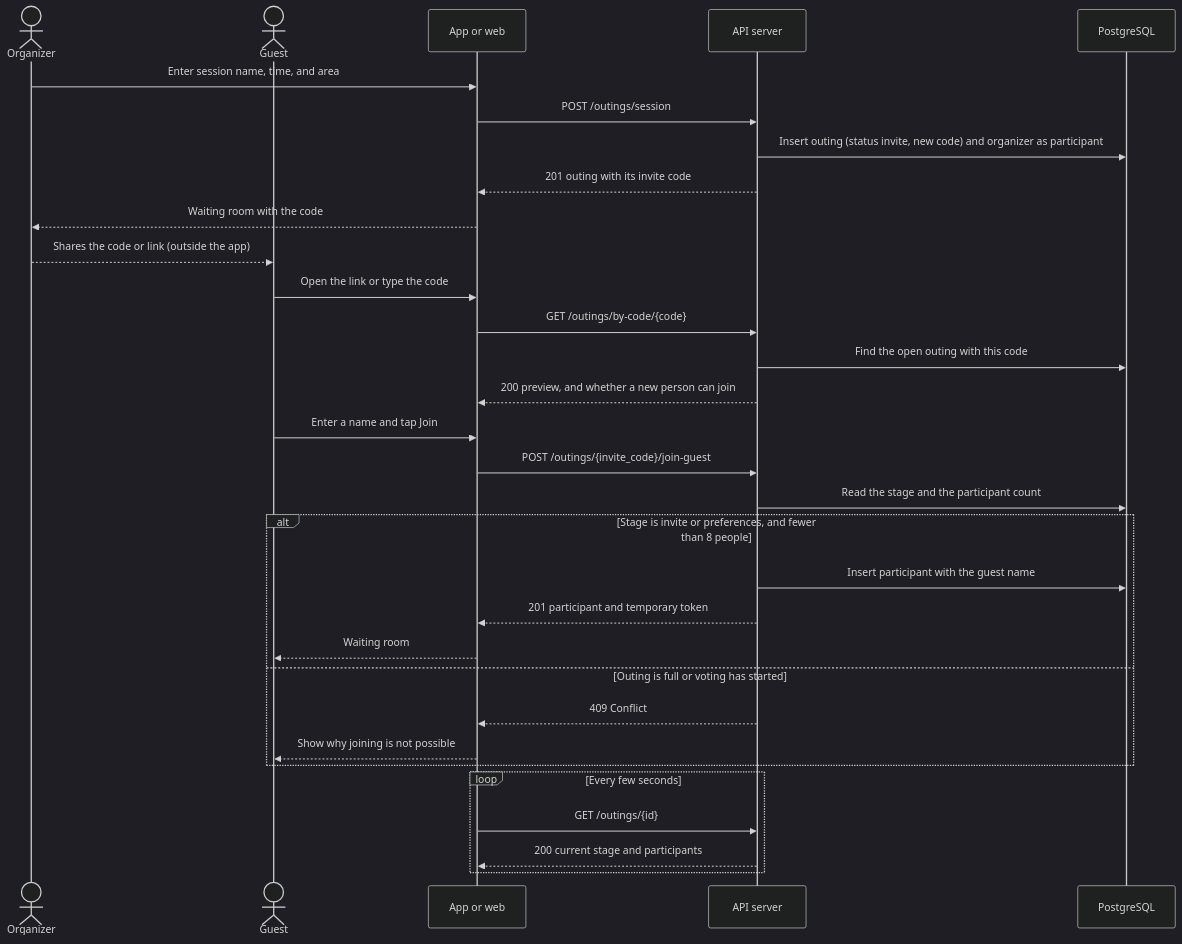
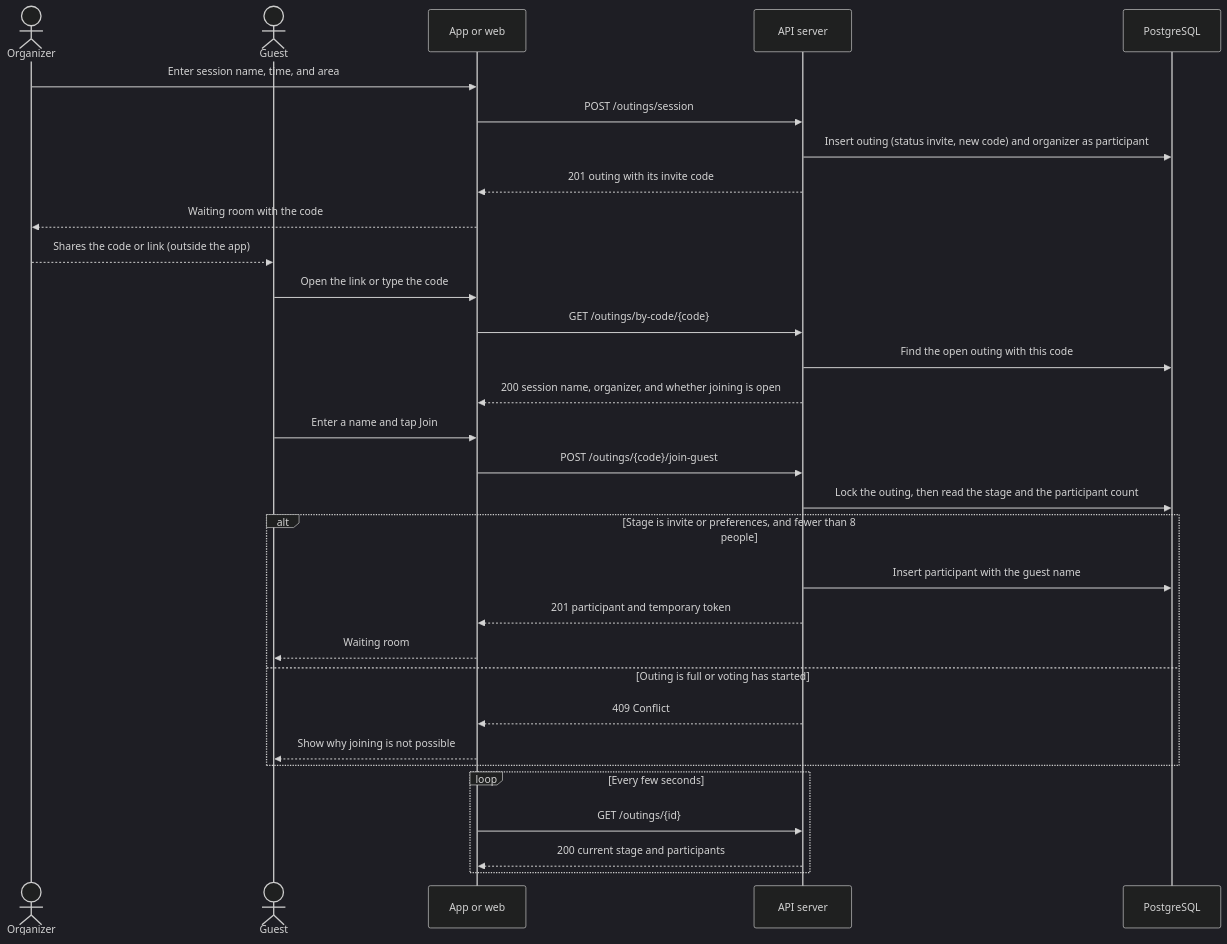
The sixth of 11 diagrams in Docs/TechnicalDoc.md (shathaaa1110-arch/Portfolio-Project), drawn with Mermaid (dark theme) before and after one commit. The commit also changed other lines of this file, not shown here.

````diff
--- a/Docs/TechnicalDoc.md
+++ b/Docs/TechnicalDoc.md
@@ -972,36 +972,36 @@
 ```mermaid
 sequenceDiagram
     actor O as Organizer
     actor G as Guest
     participant A as App or web
     participant API as API server
     participant DB as PostgreSQL
  
     O->>A: Enter session name, time, and area
     A->>API: POST /outings/session
     API->>DB: Insert outing (status invite, new code) and organizer as participant
     API-->>A: 201 outing with its invite code
     A-->>O: Waiting room with the code
     O-->>G: Shares the code or link (outside the app)
  
     G->>A: Open the link or type the code
     A->>API: GET /outings/by-code/{code}
     API->>DB: Find the open outing with this code
-    API-->>A: 200 preview, and whether a new person can join
+    API-->>A: 200 session name, organizer, and whether joining is open
     G->>A: Enter a name and tap Join
-    A->>API: POST /outings/{invite_code}/join-guest
-    API->>DB: Read the stage and the participant count
+    A->>API: POST /outings/{code}/join-guest
+    API->>DB: Lock the outing, then read the stage and the participant count
     alt Stage is invite or preferences, and fewer than 8 people
         API->>DB: Insert participant with the guest name
         API-->>A: 201 participant and temporary token
         A-->>G: Waiting room
     else Outing is full or voting has started
         API-->>A: 409 Conflict
         A-->>G: Show why joining is not possible
     end
  
     loop Every few seconds
         A->>API: GET /outings/{id}
         API-->>A: 200 current stage and participants
     end
 ```
````
